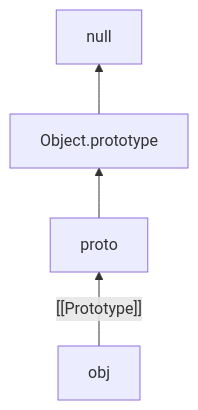
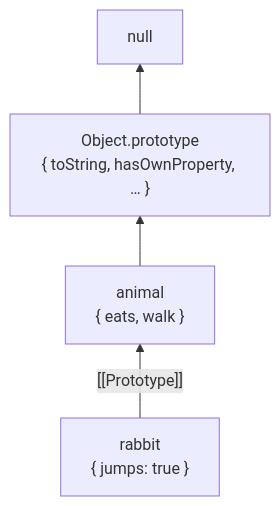
One commit to prajjwaljogdand/FullstackPreparation changed the second of 7 diagrams in docs/javascript/07-prototype.md. Above: the diagram before and after it, drawn with Mermaid. The commit also changed other lines of this file and 91 other files, not shown here.

````diff
--- a/docs/javascript/07-prototype.md
+++ b/docs/javascript/07-prototype.md
@@ -18,6 +120,10 @@
 ```mermaid
 flowchart BT
-  obj["obj"] -->|"[[Prototype]]"| proto["proto"]
-  proto --> OP["Object.prototype"]
-  OP --> NULL["null"]
+  rabbit["rabbit\n{ jumps: true }"]
+  animal["animal\n{ eats, walk }"]
+  OP["Object.prototype\n{ toString, hasOwnProperty, … }"]
+  N["null"]
+  rabbit -->|"[[Prototype]]"| animal
+  animal --> OP
+  OP --> N
 ```
````
